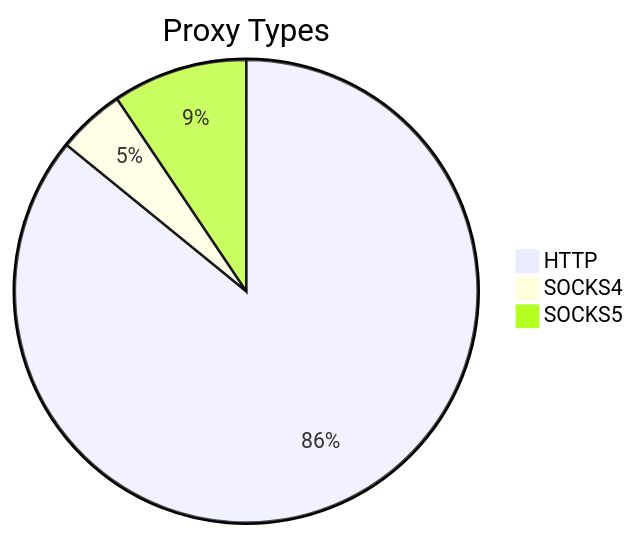
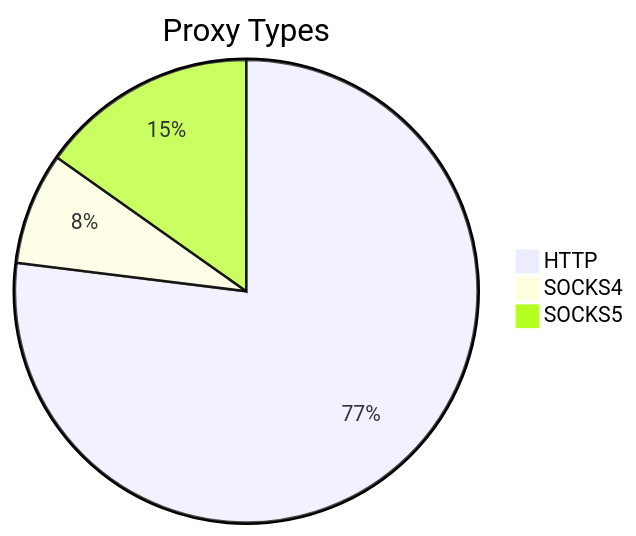
The first of 2 diagrams in README.md (stormsia/proxy-list), drawn with Mermaid before and after one commit. The commit also changed other lines of this file, not shown here.

````diff
--- a/README.md
+++ b/README.md
@@ -21,6 +21,6 @@
 ```mermaid
 pie title Proxy Types
-    "HTTP" : 73
-    "SOCKS4" : 4
-    "SOCKS5" : 8
+    "HTTP" : 167
+    "SOCKS4" : 17
+    "SOCKS5" : 33
 ```
````
